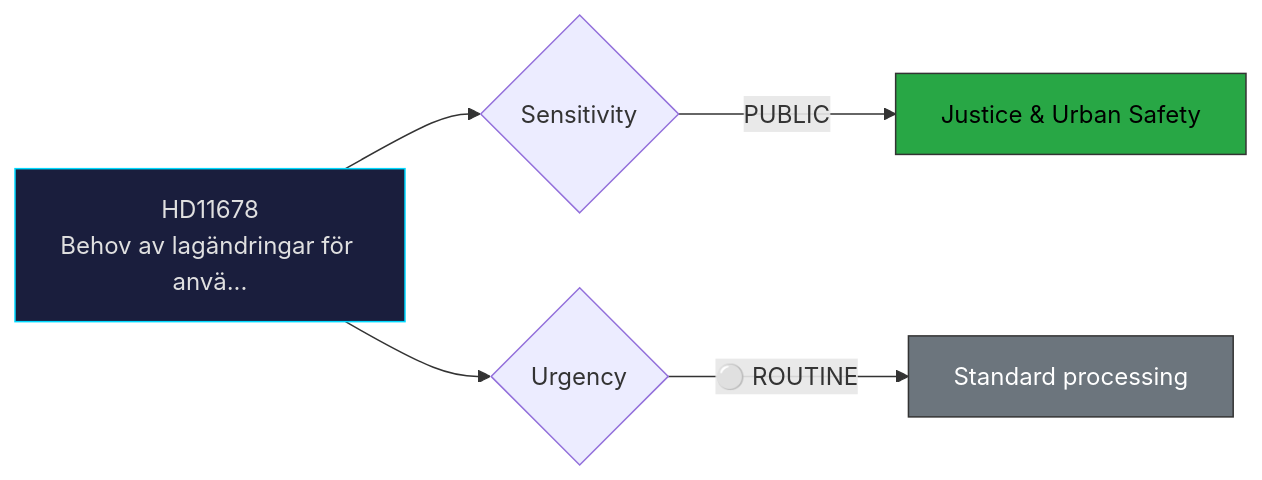
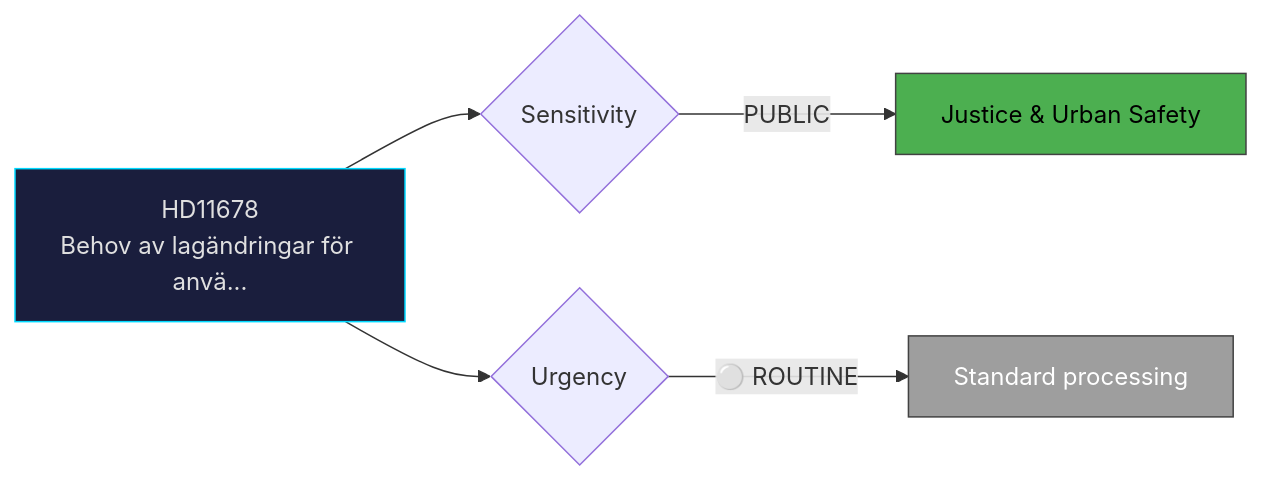
Before and after one commit to Hack23/riksdagsmonitor: the diagram in analysis/daily/2026-04-06/realtime-1420/documents/hd11678-analysis.md, drawn with Mermaid. The commit also changed 785 other files, not shown here.

First line of the commit message:
Normalize mermaid colors across 786 analysis artifacts to ISMS Style Guide palette

````diff
--- a/analysis/daily/2026-04-06/realtime-1420/documents/hd11678-analysis.md
+++ b/analysis/daily/2026-04-06/realtime-1420/documents/hd11678-analysis.md
@@ -24,12 +24,12 @@
 ```mermaid
 graph LR
     A["HD11678<br/>Behov av lagändringar för anvä..."] --> B{Sensitivity}
     B -->|"PUBLIC"| D["Justice & Urban Safety"]
 
     A --> I{Urgency}
     I -->|"⚪ ROUTINE"| M["Standard processing"]
 
     style A fill:#1a1e3d,stroke:#00d9ff,color:#e0e0e0
-    style D fill:#28a745,stroke:#333,color:#000
-    style M fill:#6c757d,stroke:#333,color:#fff
+    style D fill:#4CAF50,stroke:#424242,color:#000000
+    style M fill:#9E9E9E,stroke:#424242,color:#FFFFFF
 ```
````
